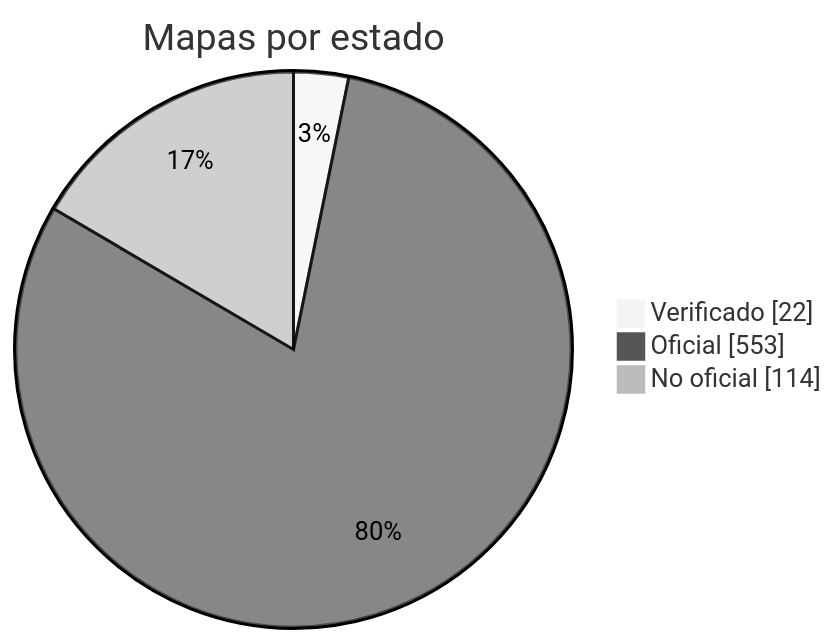
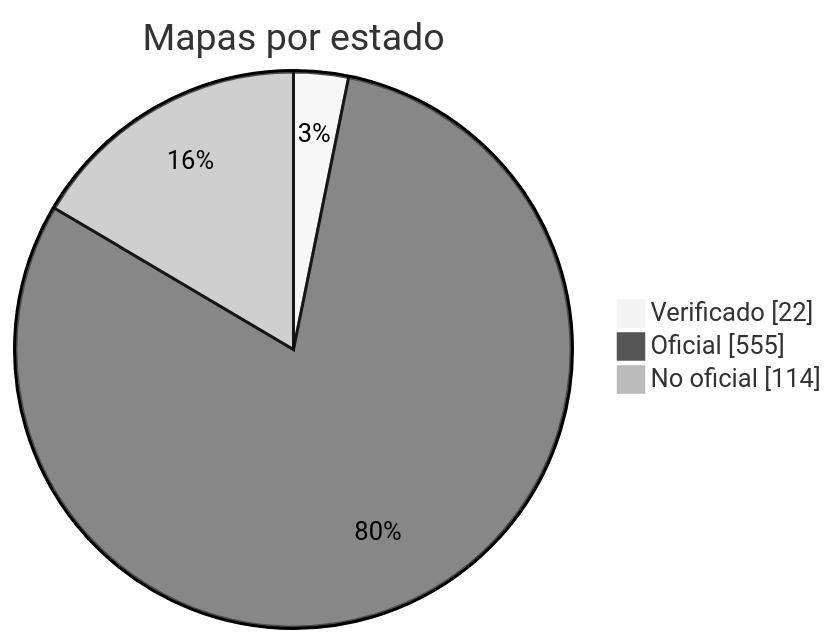
One commit to nobrega8/mbmap-library changed the diagram in docs/readme/README_ES.md. Above: the diagram before and after it, drawn with Mermaid (neutral theme). The commit also changed 7 other files, not shown here.

````diff
--- a/docs/readme/README_ES.md
+++ b/docs/readme/README_ES.md
@@ -54,7 +54,7 @@
 ```mermaid
 pie showData
     title Mapas por estado
     "Verificado" : 22
-    "Oficial" : 553
+    "Oficial" : 555
     "No oficial" : 114
 ```
````
